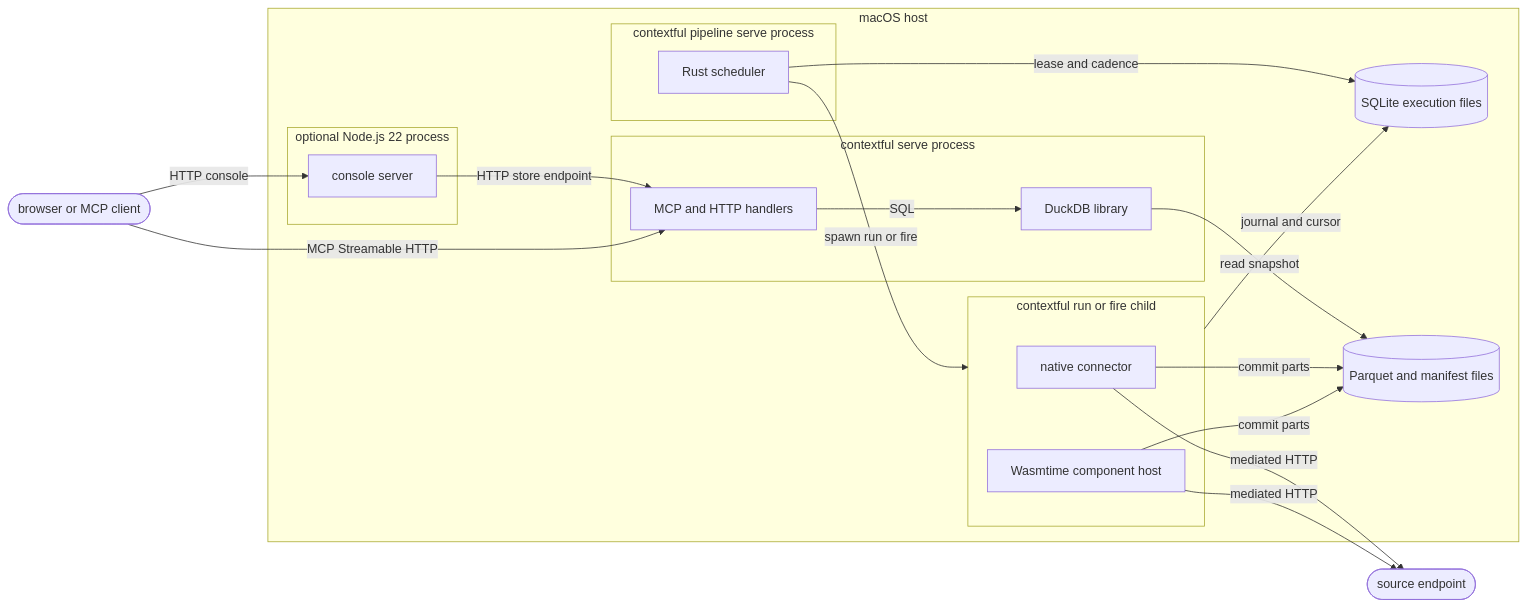
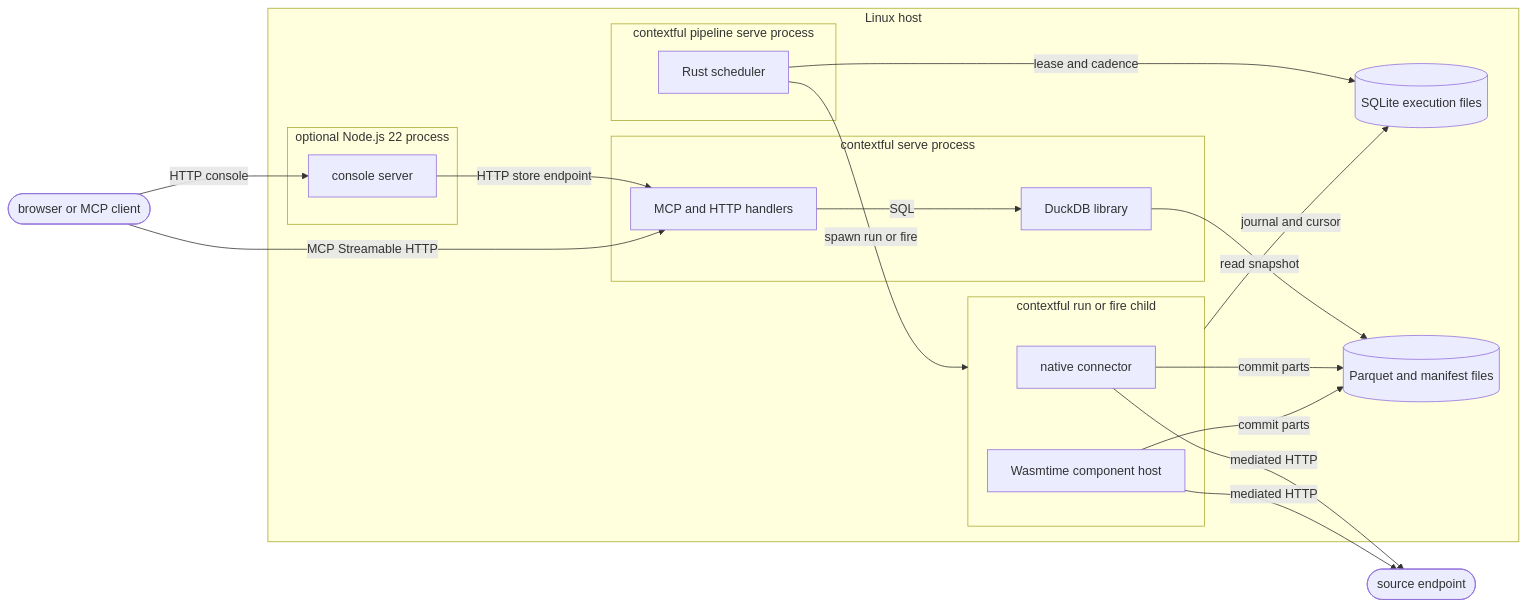
One commit to fractalboxdev/contextful changed the third of 3 diagrams in spec/targets.md. Above: the diagram before and after it, drawn with Mermaid. The commit also changed other lines of this file and 8 other files, not shown here.

Commit message:
docs(topology): use Linux reference with native and Docker macOS paths

````diff
--- a/spec/targets.md
+++ b/spec/targets.md
@@ -149,35 +151,35 @@
 ```mermaid
 flowchart LR
   CALLER(["browser or MCP client"]):::muted
   SOURCE(["source endpoint"]):::muted
-  subgraph ACCOUNT["macOS host"]
+  subgraph ACCOUNT["Linux host"]
     subgraph CONSOLE["optional Node.js 22 process"]
       UI["console server"]:::accent
     end
     subgraph HTTP["contextful serve process"]
       FACE["MCP and HTTP handlers"]:::accent
       SQL["DuckDB library"]:::accent
     end
     subgraph SCHED["contextful pipeline serve process"]
       TIMER["Rust scheduler"]:::accent
     end
     subgraph CHILD["contextful run or fire child"]
       NATIVE["native connector"]:::accent
       WASM["Wasmtime component host"]:::accent
     end
     STATE[("SQLite execution files")]:::store
     FILES[("Parquet and manifest files")]:::store
   end
   CALLER -- "HTTP console" --> UI
   UI -- "HTTP store endpoint" --> FACE
   CALLER -- "MCP Streamable HTTP" --> FACE
   FACE -- "SQL" --> SQL
   SQL -- "read snapshot" --> FILES
   TIMER -- "spawn run or fire" --> CHILD
   NATIVE -- "mediated HTTP" --> SOURCE
   WASM -- "mediated HTTP" --> SOURCE
   NATIVE -- "commit parts" --> FILES
   WASM -- "commit parts" --> FILES
   TIMER -- "lease and cadence" --> STATE
   CHILD -- "journal and cursor" --> STATE
 ```
````
